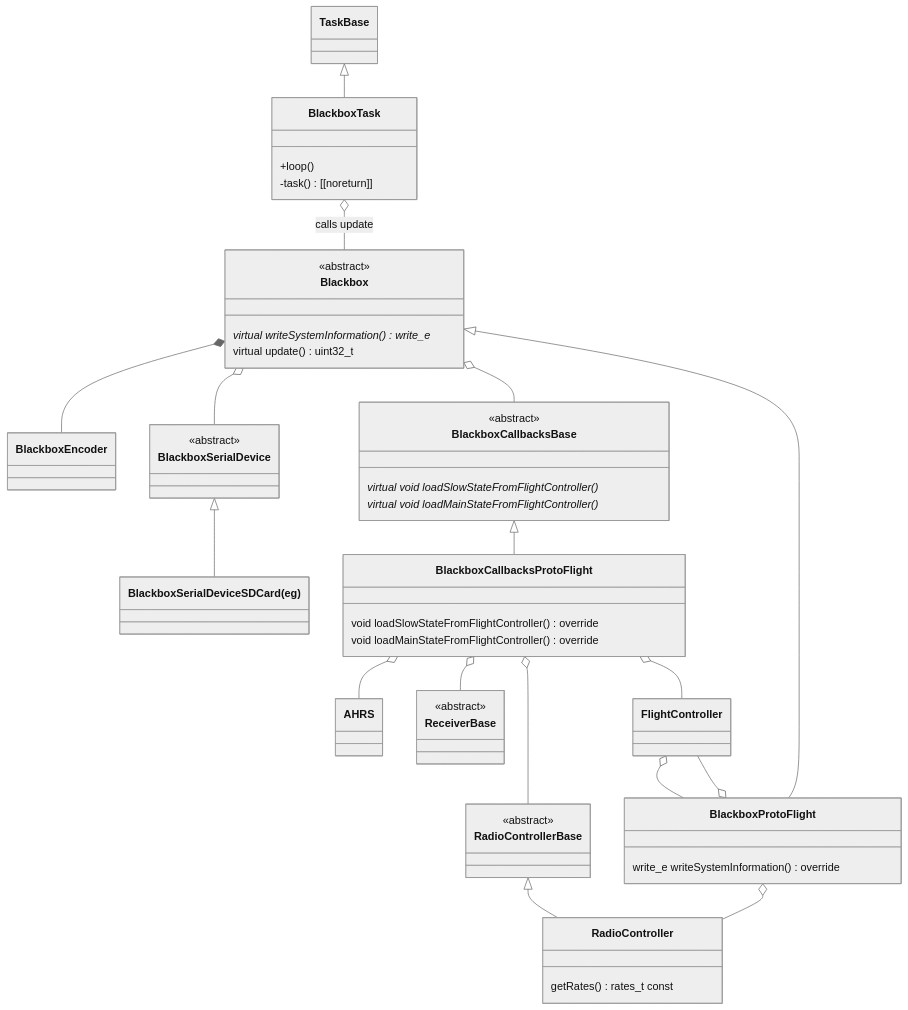
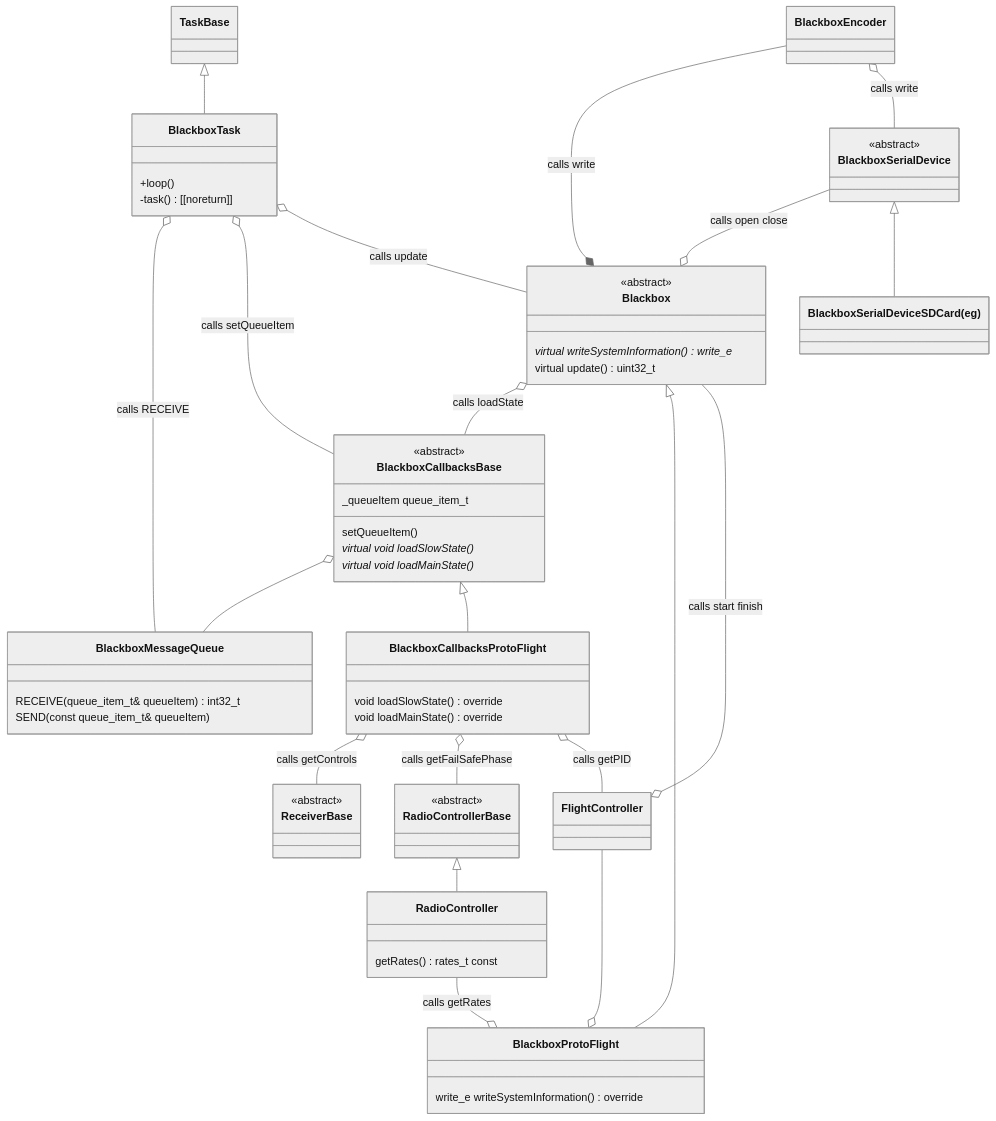
The third of 5 diagrams in README.md (martinbudden/Protoflight), drawn with Mermaid (neutral theme) before and after one commit. The commit also changed other lines of this file and 8 other files, not shown here.

Commit message:
Added BlackboxMessageQueue. Updated to latest libraries. Updated class diagrams.

````diff
--- a/README.md
+++ b/README.md
@@ -496,59 +536,78 @@
 ```mermaid
 classDiagram
     class Blackbox {
         <<abstract>>
         virtual writeSystemInformation() write_e *
         virtual update() uint32_t
     }
-    Blackbox *-- BlackboxEncoder
-    Blackbox o-- BlackboxSerialDevice
-    Blackbox o-- BlackboxCallbacksBase
 
+    class BlackboxMessageQueue {
+        RECEIVE(queue_item_t& queueItem) int32_t
+        SEND(const queue_item_t& queueItem)
+    }
     class RadioControllerBase {
         <<abstract>>
     }
     RadioControllerBase <|-- RadioController
     class RadioController {
         getRates() rates_t  const
     }
 
-    Blackbox <|-- BlackboxProtoFlight
+    %%Blackbox <|-- BlackboxProtoFlight
     class BlackboxProtoFlight {
         write_e writeSystemInformation() override
     }
-    BlackboxProtoFlight o-- FlightController
-    FlightController o-- BlackboxProtoFlight
-    BlackboxProtoFlight o-- RadioController
 
     class BlackboxCallbacksBase {
         <<abstract>>
-        virtual void loadSlowStateFromFlightController() *
-        virtual void loadMainStateFromFlightController() *
+        _queueItem queue_item_t
+        setQueueItem()
+        virtual void loadSlowState() *
+        virtual void loadMainState() *
+    }
+    class BlackboxCallbacksProtoFlight {
+        void loadSlowState() override
+        void loadMainState() override
     }
 
-    BlackboxCallbacksBase <|-- BlackboxCallbacksProtoFlight
-    class BlackboxCallbacksProtoFlight {
-        void loadSlowStateFromFlightController() override
-        void loadMainStateFromFlightController() override
-    }
     class ReceiverBase {
         <<abstract>>
     }
-    BlackboxCallbacksProtoFlight o-- AHRS
-    BlackboxCallbacksProtoFlight o-- ReceiverBase
-    BlackboxCallbacksProtoFlight o-- RadioControllerBase
-    BlackboxCallbacksProtoFlight o-- FlightController
+
+    Blackbox o-- BlackboxCallbacksBase : calls loadState
+    Blackbox <|-- BlackboxProtoFlight
+    BlackboxEncoder --* Blackbox : calls write
+    BlackboxSerialDevice --o Blackbox : calls open close
+    BlackboxEncoder o-- BlackboxSerialDevice : calls write
+
+
+    BlackboxCallbacksBase o-- BlackboxMessageQueue
+    BlackboxCallbacksProtoFlight o-- ReceiverBase : calls getControls
+    BlackboxCallbacksProtoFlight o-- RadioControllerBase : calls getFailSafePhase
+    BlackboxCallbacksProtoFlight o-- FlightController : calls getPID
+    %%FlightController --o BlackboxCallbacksProtoFlight 
+    %%FlightController o-- Blackbox : calls start finish
+    Blackbox --o FlightController : calls start finish
+    BlackboxCallbacksBase <|-- BlackboxCallbacksProtoFlight
+    %%BlackboxCallbacksProtoFlight --|> BlackboxCallbacksBase
+
+    FlightController --o BlackboxProtoFlight
+    %%Blackbox --o FlightController
+    %%BlackboxProtoFlight o-- FlightController
+    RadioController --o BlackboxProtoFlight : calls getRates
 
     class BlackboxSerialDevice {
         <<abstract>>
     }
     class BlackboxSerialDeviceSDCard["BlackboxSerialDeviceSDCard(eg)"]
     BlackboxSerialDevice <|-- BlackboxSerialDeviceSDCard
 
     TaskBase <|-- BlackboxTask
     class BlackboxTask {
         +loop()
         -task() [[noreturn]]
     }
+    BlackboxTask o-- BlackboxMessageQueue : calls RECEIVE
+    BlackboxTask o-- BlackboxCallbacksBase : calls setQueueItem
     BlackboxTask o-- Blackbox : calls update
 ```
````
